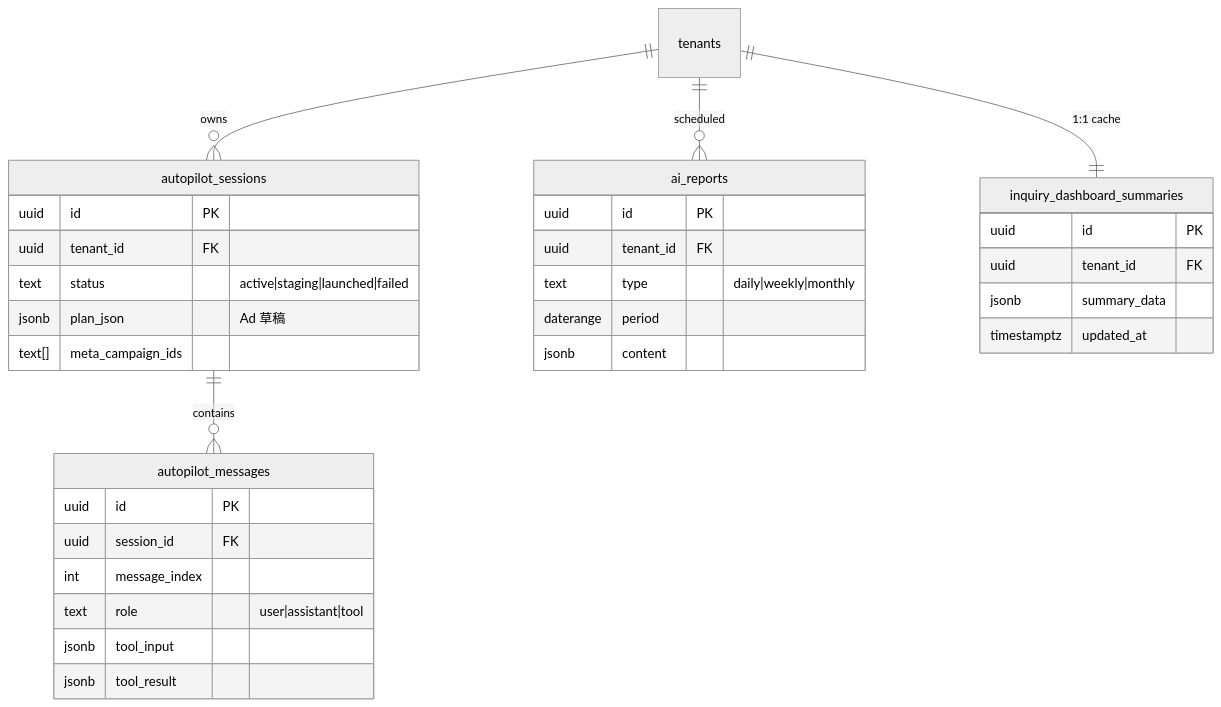
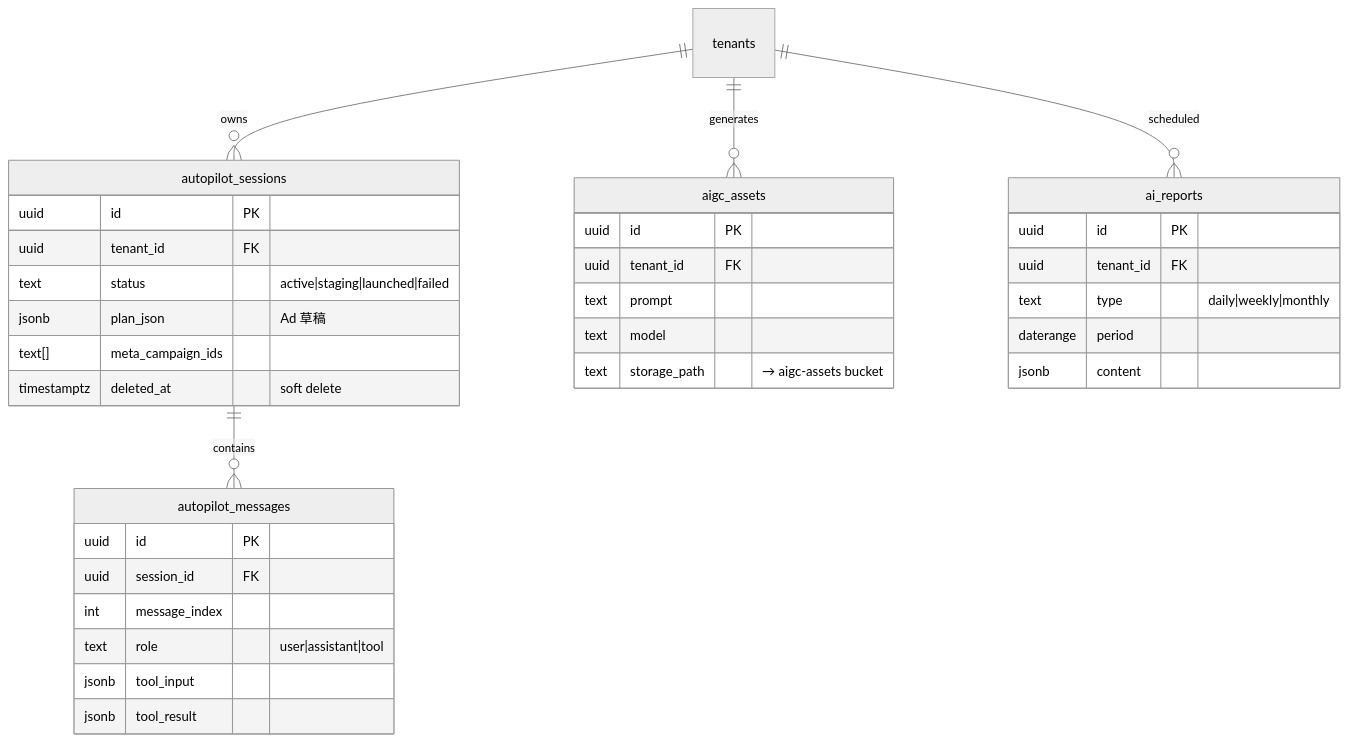
One commit to Sciiaok/xuqiu-bot changed the fifth of 8 diagrams in README.md. Above: the diagram before and after it, drawn with Mermaid (neutral theme). The commit also changed other lines of this file and 3 other files, not shown here.

````diff
--- a/README.md
+++ b/README.md
@@ -444,36 +450,38 @@
 ```mermaid
 erDiagram
   tenants ||--o{ autopilot_sessions : "owns"
   autopilot_sessions ||--o{ autopilot_messages : "contains"
+  tenants ||--o{ aigc_assets : "generates"
   tenants ||--o{ ai_reports : "scheduled"
-  tenants ||--|| inquiry_dashboard_summaries : "1:1 cache"
 
   autopilot_sessions {
     uuid id PK
     uuid tenant_id FK
     text status "active|staging|launched|failed"
     jsonb plan_json "Ad 草稿"
     text[] meta_campaign_ids
+    timestamptz deleted_at "soft delete"
   }
   autopilot_messages {
     uuid id PK
     uuid session_id FK
     int message_index
     text role "user|assistant|tool"
     jsonb tool_input
     jsonb tool_result
   }
+  aigc_assets {
+    uuid id PK
+    uuid tenant_id FK
+    text prompt
+    text model
+    text storage_path "→ aigc-assets bucket"
+  }
   ai_reports {
     uuid id PK
     uuid tenant_id FK
     text type "daily|weekly|monthly"
     daterange period
     jsonb content
   }
-  inquiry_dashboard_summaries {
-    uuid id PK
-    uuid tenant_id FK
-    jsonb summary_data
-    timestamptz updated_at
-  }
 ```
````
